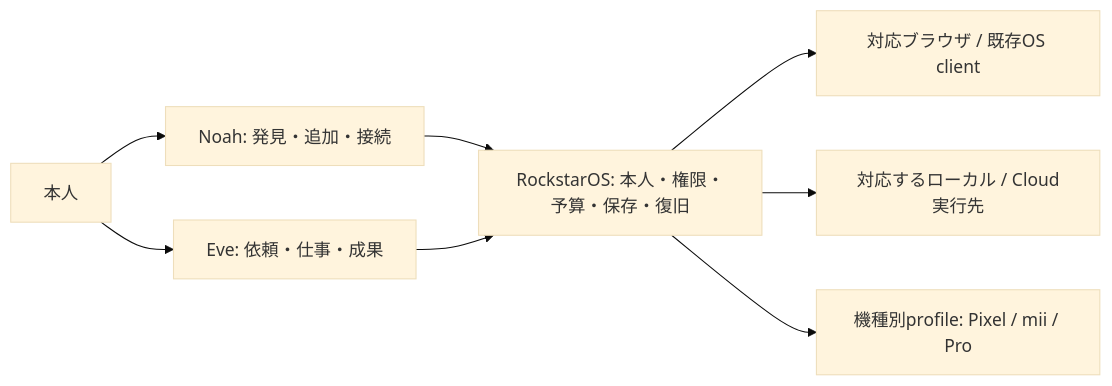
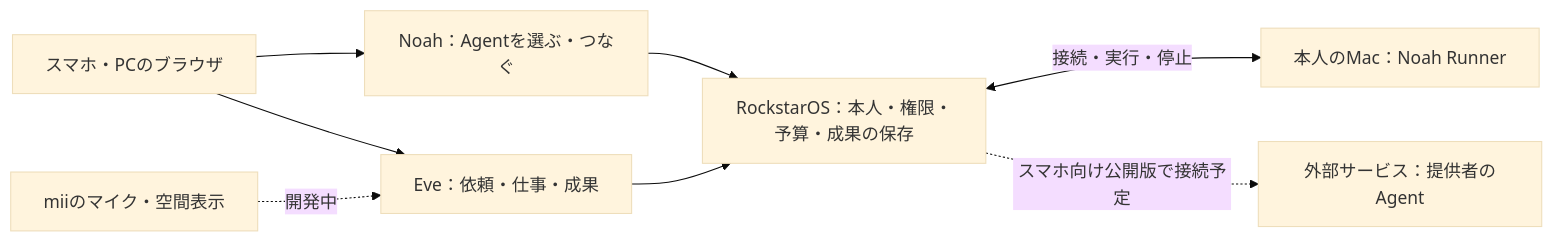
Before and after one commit to k999ln/rock: the diagram in README.md, drawn with Mermaid (base theme). The commit also changed other lines of this file and 1 other file, not shown here.

Commit message:
Show the two Noah execution paths in the overview diagram

````diff
--- a/README.md
+++ b/README.md
@@ -33,10 +33,10 @@
 ```mermaid
 flowchart LR
-  U[本人] --> N[Noah: 発見・追加・接続]
-  U --> E[Eve: 依頼・仕事・成果]
+  B[スマホ・PCのブラウザ] --> N[Noah：Agentを選ぶ・つなぐ]
+  B --> E[Eve：依頼・仕事・成果]
+  M[miiのマイク・空間表示] -. 開発中 .-> E
   N --> R
-  E --> R[RockstarOS: 本人・権限・予算・保存・復旧]
-  R --> B[対応ブラウザ / 既存OS client]
-  R --> L[対応するローカル / Cloud実行先]
-  R --> H[機種別profile: Pixel / mii / Pro]
+  E --> R[RockstarOS：本人・権限・予算・成果の保存]
+  R <-->|接続・実行・停止| L[本人のMac：Noah Runner]
+  R -. スマホ向け公開版で接続予定 .-> A[外部サービス：提供者のAgent]
 ```
````
